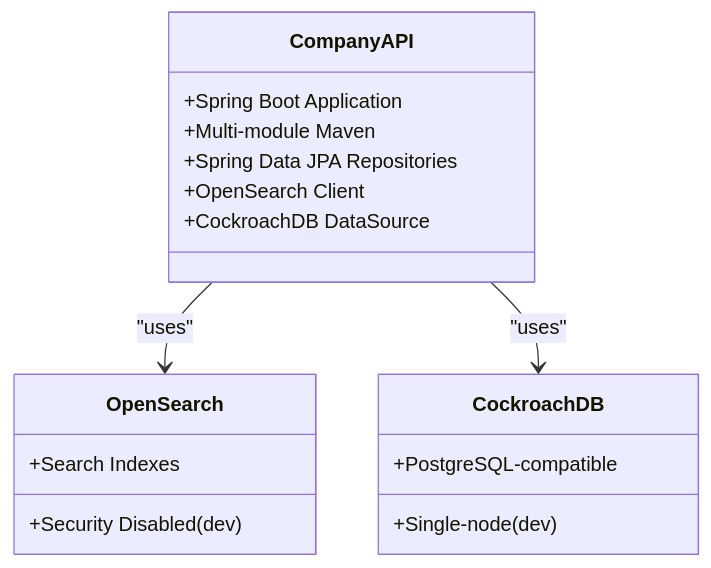
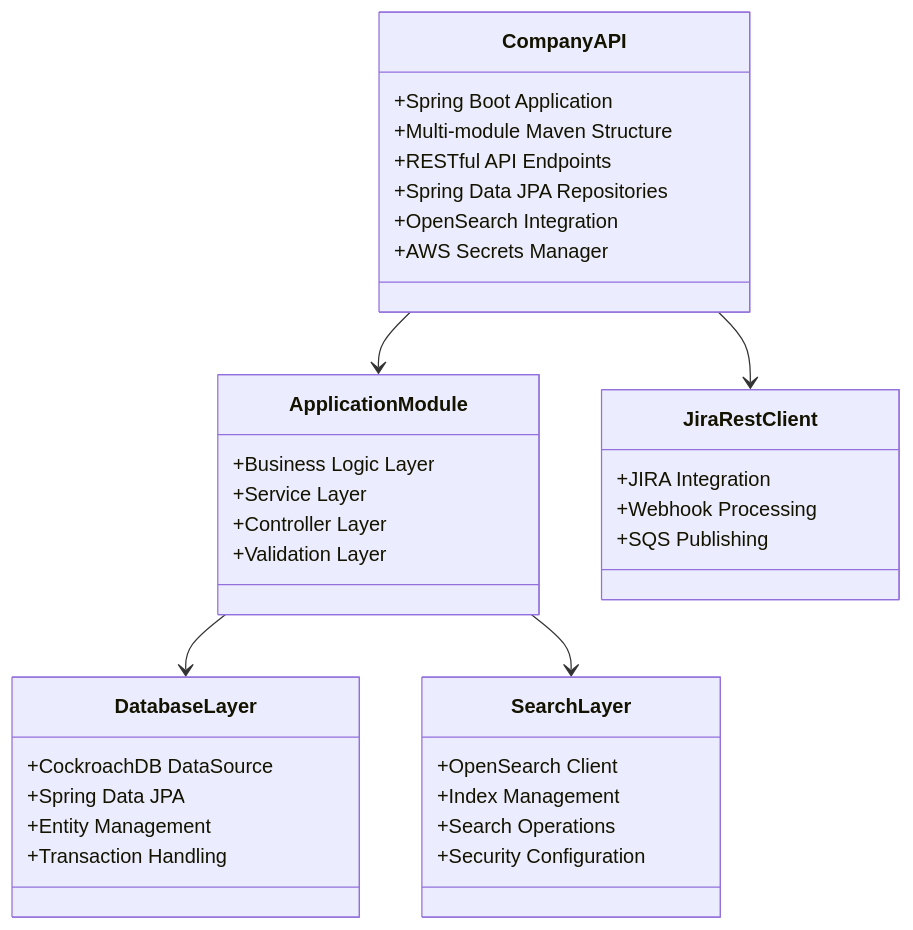
Before and after one commit to effinrich/rh-nx-monorepo: the third of 7 diagrams in .qoder/repowiki/en/content/Architecture & Design.md, drawn with Mermaid. The commit also changed other lines of this file and 130 other files, not shown here.

````diff
--- a/.qoder/repowiki/en/content/Architecture & Design.md
+++ b/.qoder/repowiki/en/content/Architecture & Design.md
@@ -196,20 +188,38 @@
 ```mermaid
 classDiagram
 class CompanyAPI {
 +Spring Boot Application
-+Multi-module Maven
++Multi-module Maven Structure
++RESTful API Endpoints
 +Spring Data JPA Repositories
++OpenSearch Integration
++AWS Secrets Manager
+}
+class ApplicationModule {
++Business Logic Layer
++Service Layer
++Controller Layer
++Validation Layer
+}
+class JiraRestClient {
++JIRA Integration
++Webhook Processing
++SQS Publishing
+}
+class DatabaseLayer {
++CockroachDB DataSource
++Spring Data JPA
++Entity Management
++Transaction Handling
+}
+class SearchLayer {
 +OpenSearch Client
-+CockroachDB DataSource
++Index Management
++Search Operations
++Security Configuration
 }
-class OpenSearch {
-+Search Indexes
-+Security Disabled (dev)
-}
-class CockroachDB {
-+PostgreSQL-compatible
-+Single-node (dev)
-}
-CompanyAPI --> OpenSearch : "uses"
-CompanyAPI --> CockroachDB : "uses"
+CompanyAPI --> ApplicationModule
+CompanyAPI --> JiraRestClient
+ApplicationModule --> DatabaseLayer
+ApplicationModule --> SearchLayer
 ```
````
